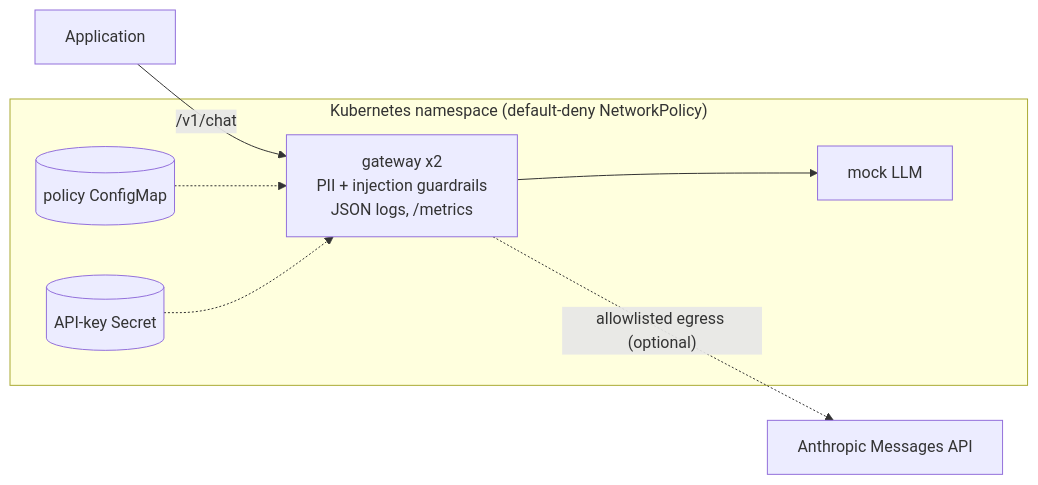
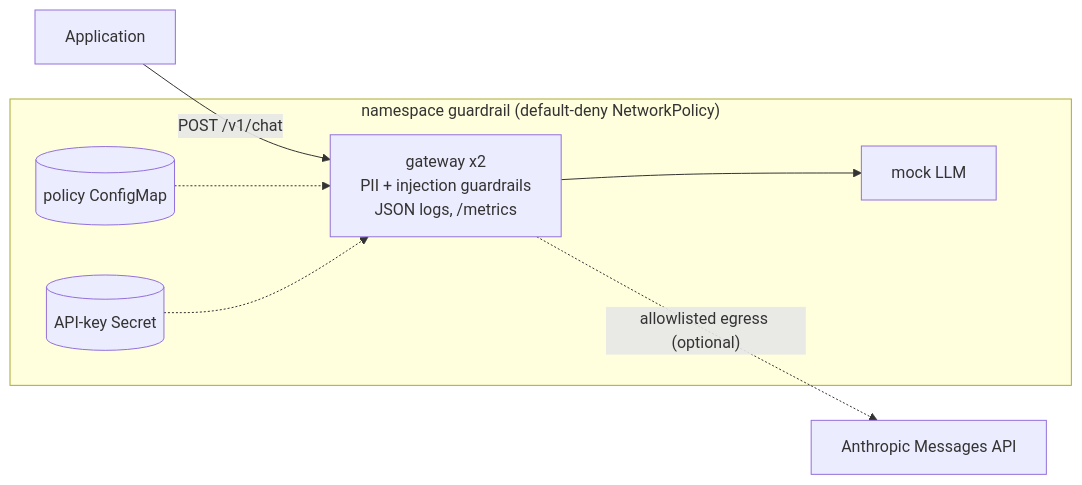
The diagram in README.md (dojedaro/llm-guardrail-k8s), drawn with Mermaid before and after one commit. The commit also changed other lines of this file and 12 other files, not shown here.

````diff
--- a/README.md
+++ b/README.md
@@ -8,10 +7,10 @@
 ```mermaid
 flowchart LR
-    app["Application"] -->|"/v1/chat"| gw
-    subgraph k8s["Kubernetes namespace (default-deny NetworkPolicy)"]
+    app["Application"] -->|"POST /v1/chat"| gw
+    subgraph k8s["namespace guardrail (default-deny NetworkPolicy)"]
         gw["gateway x2<br/>PII + injection guardrails<br/>JSON logs, /metrics"] --> mock["mock LLM"]
         cm[("policy ConfigMap")] -.-> gw
         sec[("API-key Secret")] -.-> gw
     end
     gw -. "allowlisted egress (optional)" .-> ext["Anthropic Messages API"]
 ```
````
